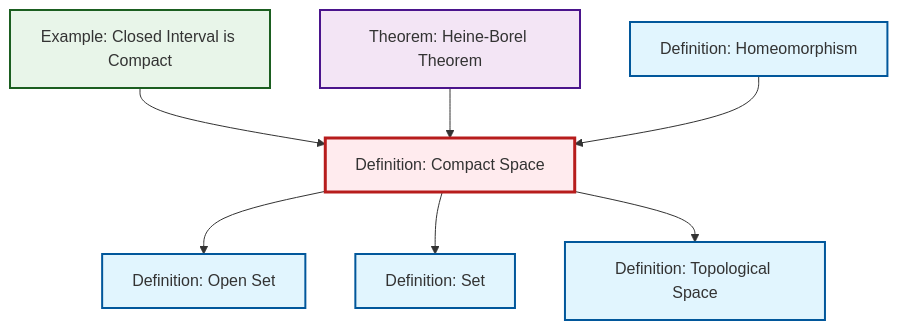
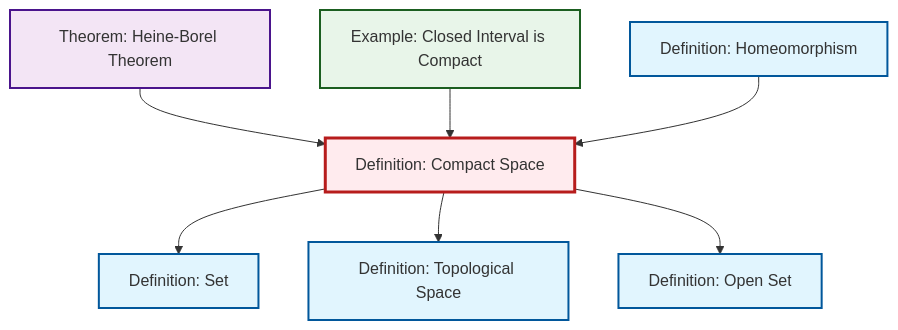
The diagram in content/ja/topology/def-compact.qmd (RK0429/ModernMath), drawn with Mermaid before and after one commit. The commit also changed other lines of this file and 497 other files, not shown here.

````diff
--- a/content/ja/topology/def-compact.qmd
+++ b/content/ja/topology/def-compact.qmd
@@ -49,29 +49,29 @@
 ```{mermaid}
 %%| fig-cap: "Local dependency graph"
 graph TD
     classDef definition fill:#e1f5fe,stroke:#01579b,stroke-width:2px
     classDef theorem fill:#f3e5f5,stroke:#4a148c,stroke-width:2px
     classDef axiom fill:#fff3e0,stroke:#e65100,stroke-width:2px
     classDef example fill:#e8f5e9,stroke:#1b5e20,stroke-width:2px
     classDef current fill:#ffebee,stroke:#b71c1c,stroke-width:3px
+    def-compact["Definition: Compact Space"]:::definition
+    def-set["Definition: Set"]:::definition
+    ex-closed-interval-compact["Example: Closed Interval is Compact"]:::example
+    def-homeomorphism["Definition: Homeomorphism"]:::definition
+    def-topological-space["Definition: Topological Space"]:::definition
     thm-heine-borel["Theorem: Heine-Borel Theorem"]:::theorem
     def-open-set["Definition: Open Set"]:::definition
-    def-topological-space["Definition: Topological Space"]:::definition
-    def-compact["Definition: Compact Space"]:::definition
-    def-homeomorphism["Definition: Homeomorphism"]:::definition
-    ex-closed-interval-compact["Example: Closed Interval is Compact"]:::example
-    def-set["Definition: Set"]:::definition
-    def-compact --> def-open-set
-    ex-closed-interval-compact --> def-compact
     thm-heine-borel --> def-compact
     def-compact --> def-set
+    ex-closed-interval-compact --> def-compact
+    def-compact --> def-topological-space
+    def-compact --> def-open-set
     def-homeomorphism --> def-compact
-    def-compact --> def-topological-space
     class def-compact current
+    click def-set "def-set.html" "Definition: Setへ"
+    click ex-closed-interval-compact "ex-closed-interval-compact.html" "Example: Closed Interval is Compactへ"
+    click def-homeomorphism "def-homeomorphism.html" "Definition: Homeomorphismへ"
+    click def-topological-space "def-topological-space.html" "Definition: Topological Spaceへ"
     click thm-heine-borel "thm-heine-borel.html" "Theorem: Heine-Borel Theoremへ"
     click def-open-set "def-open-set.html" "Definition: Open Setへ"
-    click def-topological-space "def-topological-space.html" "Definition: Topological Spaceへ"
-    click def-homeomorphism "def-homeomorphism.html" "Definition: Homeomorphismへ"
-    click ex-closed-interval-compact "ex-closed-interval-compact.html" "Example: Closed Interval is Compactへ"
-    click def-set "def-set.html" "Definition: Setへ"
 ```
````
